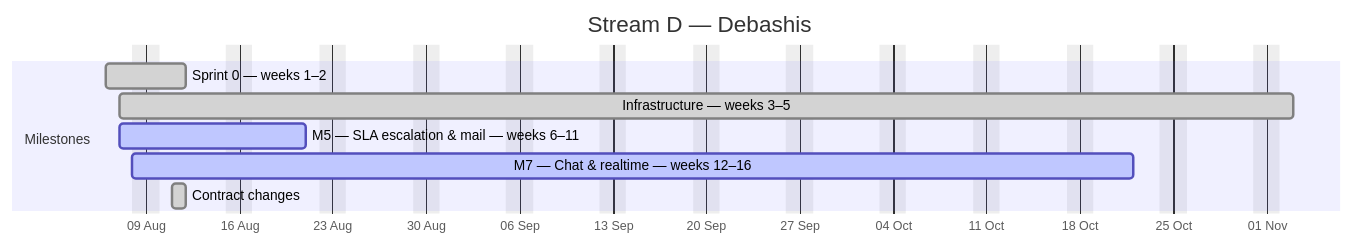
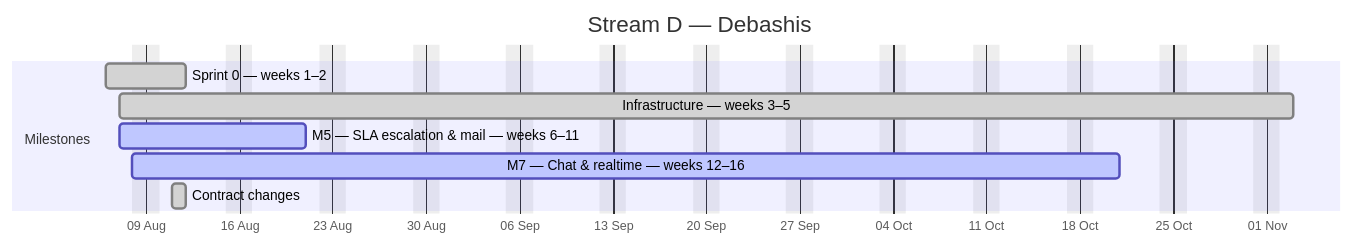
Before and after one commit to debashisedunext/EduTrack: the fourth of 4 diagrams in docs/plan/GANTT.md, drawn with Mermaid. The commit also changed other lines of this file and 3 other files, not shown here.

````diff
--- a/docs/plan/GANTT.md
+++ b/docs/plan/GANTT.md
@@ -155,13 +155,13 @@
 ```mermaid
 gantt
     dateFormat YYYY-MM-DD
     axisFormat %d %b
     title Stream D — Debashis
     excludes weekends
     section Milestones
     Sprint 0 — weeks 1–2 :done, d0, 2026-08-06, 4d
     Infrastructure — weeks 3–5 :done, d1, 2026-08-07, 62d
     M5 — SLA  escalation & mail — weeks 6–11 :active, d2, 2026-08-07, 10d
-    M7 — Chat & realtime — weeks 12–16 :active, d3, 2026-08-08, 54d
+    M7 — Chat & realtime — weeks 12–16 :active, d3, 2026-08-08, 53d
     Contract changes :done, d4, 2026-08-11, 1d
 ```
````
